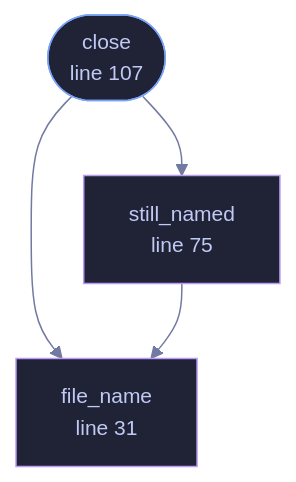
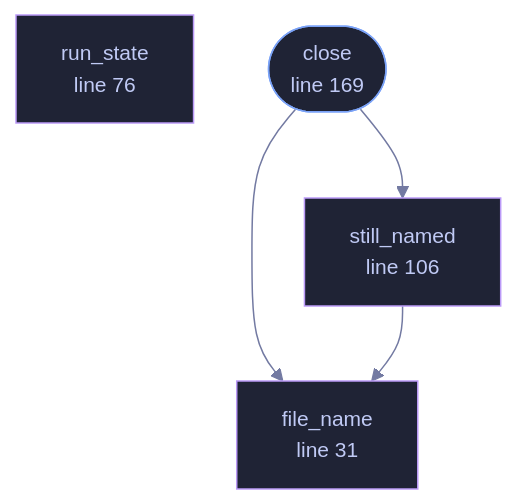
Before and after one commit to tilas01/veilvoice: the diagram in docs/files/veilvoice-failsafe/act.md, drawn with Mermaid. The commit also changed other lines of this file and 28 other files, not shown here.

First line of the commit message:
failsafe: a program it had closed, reported as still running

````diff
--- a/docs/files/veilvoice-failsafe/act.md
+++ b/docs/files/veilvoice-failsafe/act.md
@@ -77,19 +77,21 @@
 ```mermaid
 %%{init: {"theme":"base","themeVariables":{"background":"#1a1b26","primaryColor":"#1f2335","primaryTextColor":"#c0caf5","primaryBorderColor":"#7aa2f7","secondaryColor":"#16161e","tertiaryColor":"#16161e","lineColor":"#737aa2","textColor":"#c0caf5","mainBkg":"#1f2335","nodeBorder":"#7aa2f7","clusterBkg":"#16161e","clusterBorder":"#2f3549","fontFamily":"ui-monospace, SFMono-Regular, Consolas, monospace","fontSize":"14px"}}}%%
 flowchart TD
     n_file_name["file_name<br/>line 31"]
     n_still_named["still_named<br/>line 51"]
-    n_still_named["still_named<br/>line 75"]
-    n_close(["close<br/>line 107"])
+    n_run_state["run_state<br/>line 76"]
+    n_still_named["still_named<br/>line 106"]
+    n_close(["close<br/>line 169"])
     n_close --> n_file_name
     n_close --> n_still_named
     n_still_named --> n_file_name
     click n_file_name href "https://github.com/tilas01/veilvoice/blob/main/crates/veilvoice-failsafe/src/act.rs#L31" "open the source"
     click n_still_named href "https://github.com/tilas01/veilvoice/blob/main/crates/veilvoice-failsafe/src/act.rs#L51" "open the source"
-    click n_still_named href "https://github.com/tilas01/veilvoice/blob/main/crates/veilvoice-failsafe/src/act.rs#L75" "open the source"
-    click n_close href "https://github.com/tilas01/veilvoice/blob/main/crates/veilvoice-failsafe/src/act.rs#L107" "open the source"
+    click n_run_state href "https://github.com/tilas01/veilvoice/blob/main/crates/veilvoice-failsafe/src/act.rs#L76" "open the source"
+    click n_still_named href "https://github.com/tilas01/veilvoice/blob/main/crates/veilvoice-failsafe/src/act.rs#L106" "open the source"
+    click n_close href "https://github.com/tilas01/veilvoice/blob/main/crates/veilvoice-failsafe/src/act.rs#L169" "open the source"
     classDef entry fill:#1f2335,stroke:#7aa2f7,color:#c0caf5
     class n_close entry
     classDef helper fill:#1f2335,stroke:#bb9af7,color:#c0caf5
-    class n_file_name,n_still_named,n_still_named helper
+    class n_file_name,n_still_named,n_run_state,n_still_named helper
 ```
````
